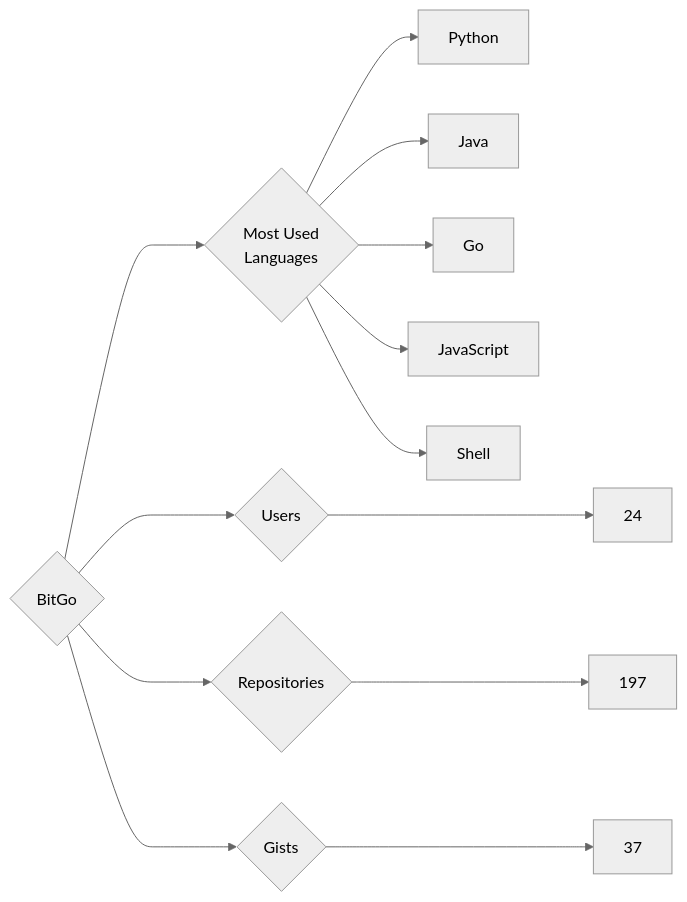
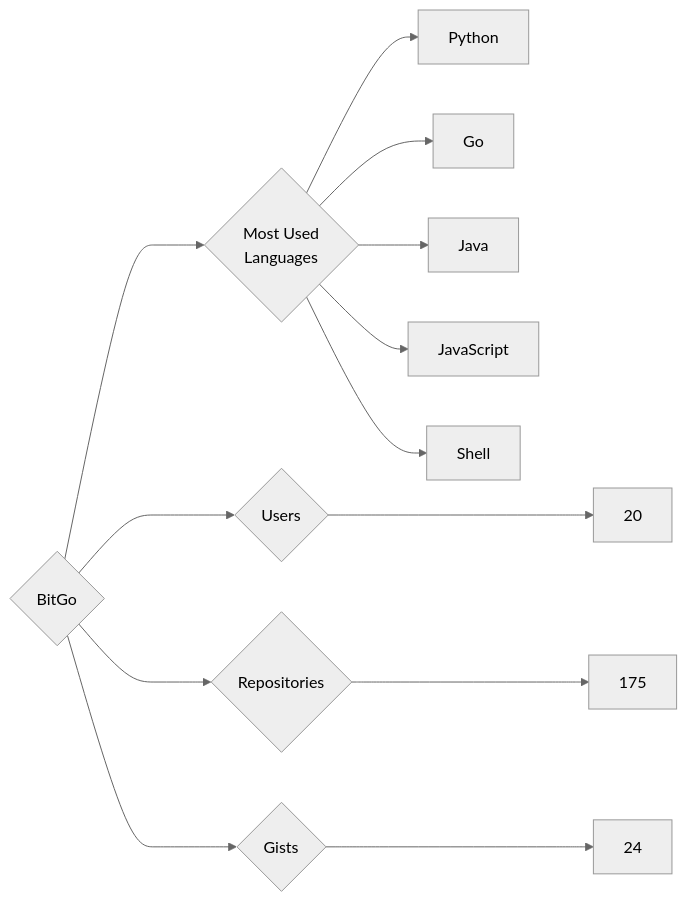
One commit to trickest/insiders changed the diagram in targets/BitGo/README.md. Above: the diagram before and after it, drawn with Mermaid (neutral theme). The commit also changed 688 other files, not shown here.

````diff
--- a/targets/BitGo/README.md
+++ b/targets/BitGo/README.md
@@ -3,13 +3,13 @@
 ```mermaid
 graph LR
 COMPANY_NAME{BitGo}
-COMPANY_NAME ---> U{Users} ---> UN[24]
-COMPANY_NAME ---> R{Repositories} ---> RN[197]
-COMPANY_NAME ---> G{Gists} ---> GN[37]
+COMPANY_NAME ---> U{Users} ---> UN[20]
+COMPANY_NAME ---> R{Repositories} ---> RN[175]
+COMPANY_NAME ---> G{Gists} ---> GN[24]
 COMPANY_NAME ---> ML{Most Used<br>Languages}
 ML --> Python[Python]
+ML --> Go[Go]
 ML --> Java[Java]
-ML --> Go[Go]
 ML --> JavaScript[JavaScript]
 ML --> Shell[Shell]
 ```
````
